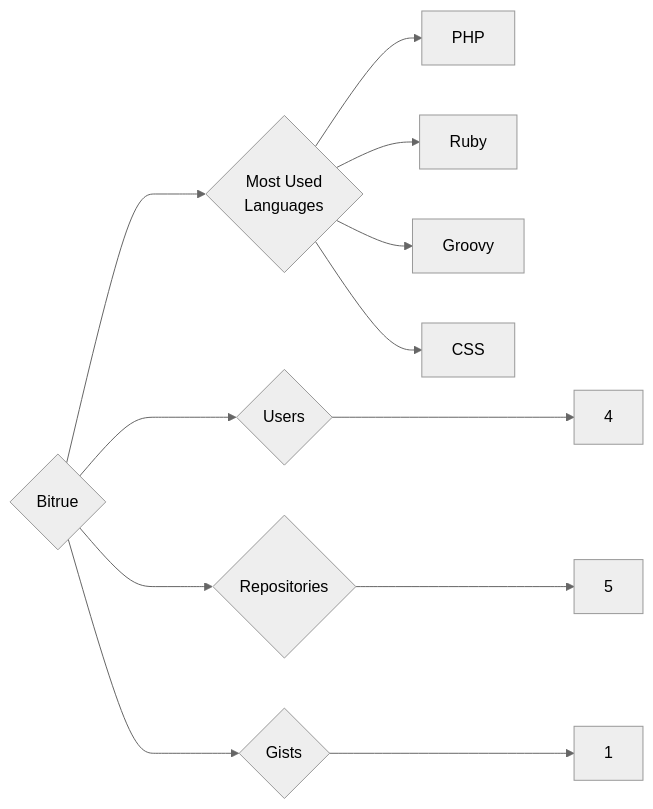
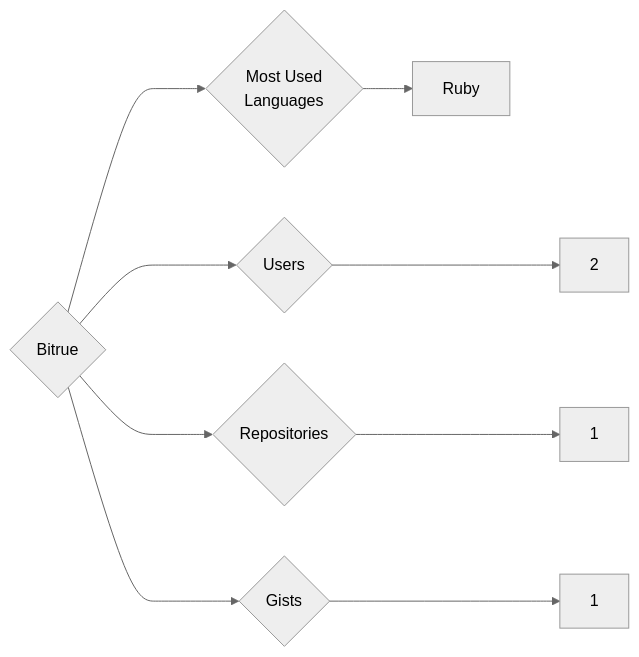
Before and after one commit to trickest/insiders: the diagram in targets/Bitrue/README.md, drawn with Mermaid (neutral theme). The commit also changed 794 other files, not shown here.

````diff
--- a/targets/Bitrue/README.md
+++ b/targets/Bitrue/README.md
@@ -3,12 +3,9 @@
 ```mermaid
 graph LR
 COMPANY_NAME{Bitrue}
-COMPANY_NAME ---> U{Users} ---> UN[4]
-COMPANY_NAME ---> R{Repositories} ---> RN[5]
+COMPANY_NAME ---> U{Users} ---> UN[2]
+COMPANY_NAME ---> R{Repositories} ---> RN[1]
 COMPANY_NAME ---> G{Gists} ---> GN[1]
 COMPANY_NAME ---> ML{Most Used<br>Languages}
-ML --> PHP[PHP]
 ML --> Ruby[Ruby]
-ML --> Groovy[Groovy]
-ML --> CSS[CSS]
 ```
````
